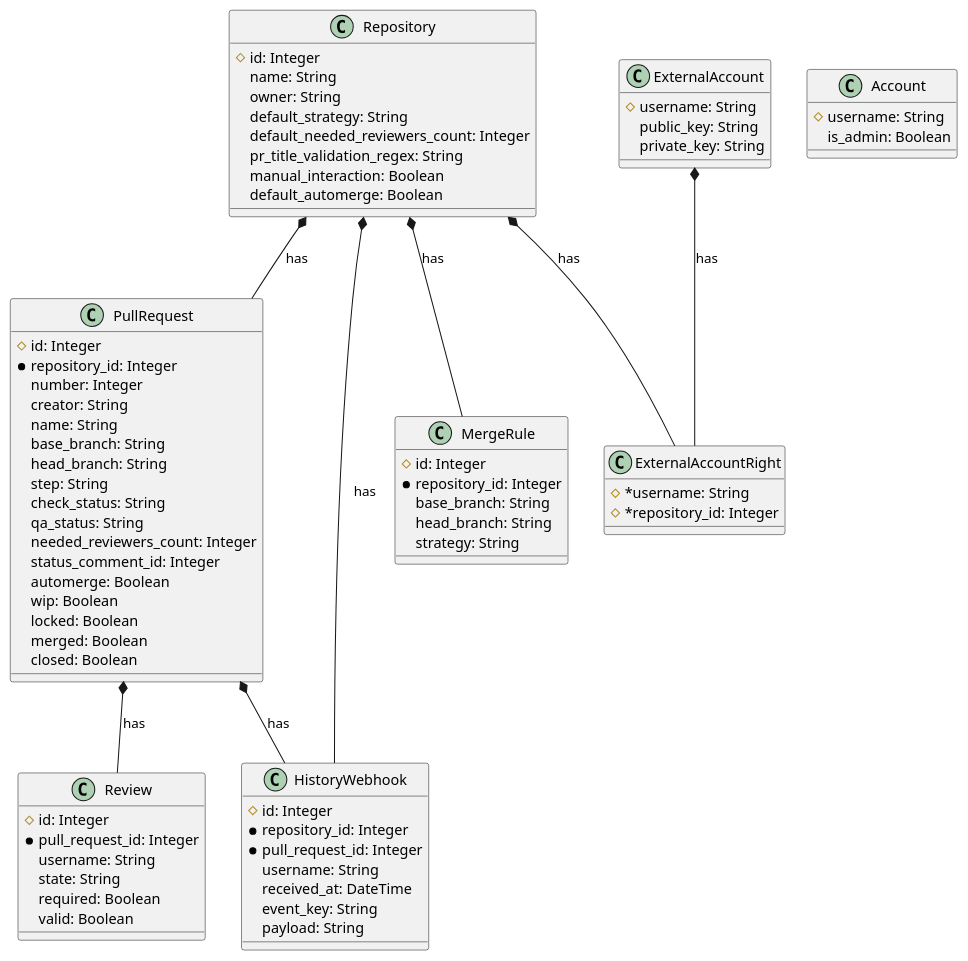
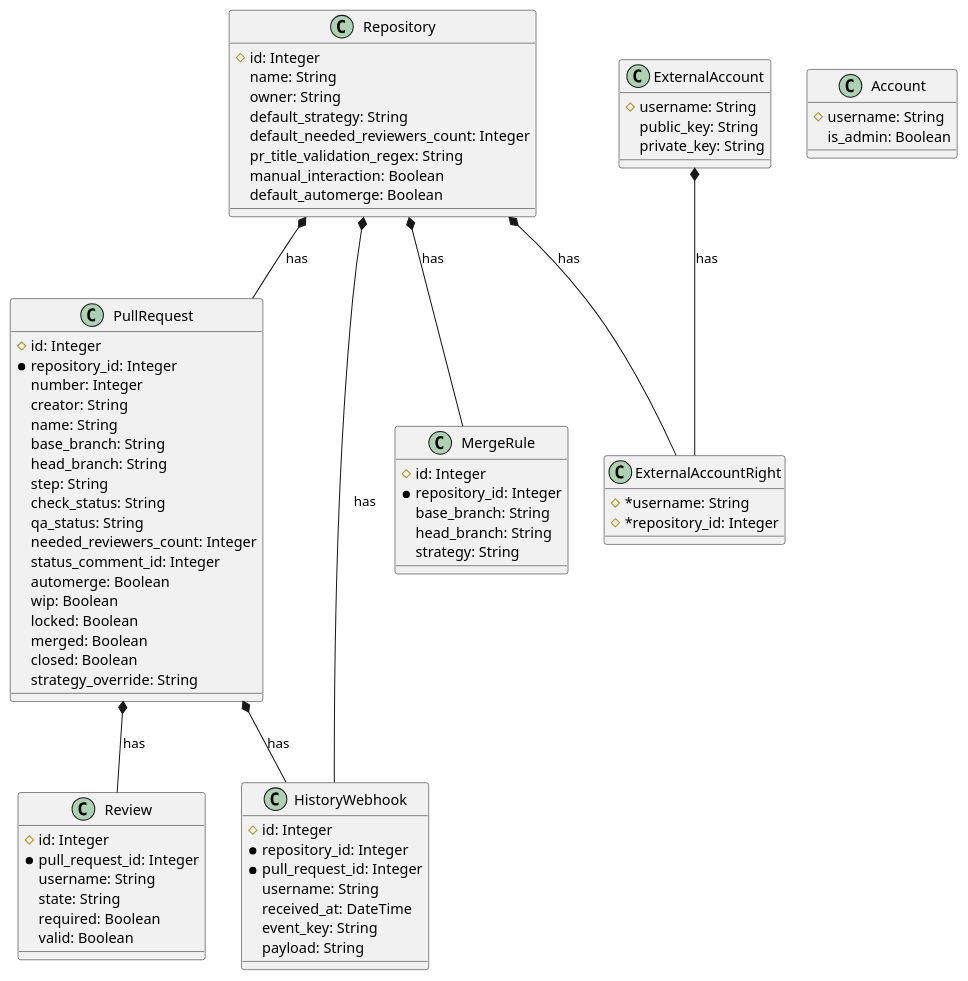
Before and after one commit to sharingcloud/github-scbot: the diagram in docs/schema.plantuml, drawn with PlantUML. The commit also changed 14 other files, not shown here.

```diff
--- a/docs/schema.plantuml
+++ b/docs/schema.plantuml
@@ -1,82 +1,83 @@
 @startuml Schema
 class Repository {
     #id: Integer
     name: String
     owner: String
     default_strategy: String
     default_needed_reviewers_count: Integer
     pr_title_validation_regex: String
     manual_interaction: Boolean
     default_automerge: Boolean
 }
 
 class PullRequest {
     #id: Integer
     *repository_id: Integer
     number: Integer
     creator: String
     name: String
     base_branch: String
     head_branch: String
     step: String
     check_status: String
     qa_status: String
     needed_reviewers_count: Integer
     status_comment_id: Integer
     automerge: Boolean
     wip: Boolean
     locked: Boolean
     merged: Boolean
     closed: Boolean
+    strategy_override: String
 }
 
 class Review {
     #id: Integer
     *pull_request_id: Integer
     username: String
     state: String
     required: Boolean
     valid: Boolean
 }
 
 class MergeRule {
     #id: Integer
     *repository_id: Integer
     base_branch: String
     head_branch: String
     strategy: String
 }
 
 class ExternalAccount {
     #username: String
     public_key: String
     private_key: String
 }
 class ExternalAccountRight {
     #*username: String
     #*repository_id: Integer
 }
 
 class Account {
     #username: String
     is_admin: Boolean
 }
 
 class HistoryWebhook {
     #id: Integer
     *repository_id: Integer
     *pull_request_id: Integer
     username: String
     received_at: DateTime
     event_key: String
     payload: String
 }
 
 Repository *-- PullRequest : has
 Repository *-- MergeRule : has
 PullRequest *-- Review : has
 ExternalAccount *-- ExternalAccountRight : has
 Repository *-- ExternalAccountRight : has
 Repository *-- HistoryWebhook : has
 PullRequest *-- HistoryWebhook : has
 @enduml
```
